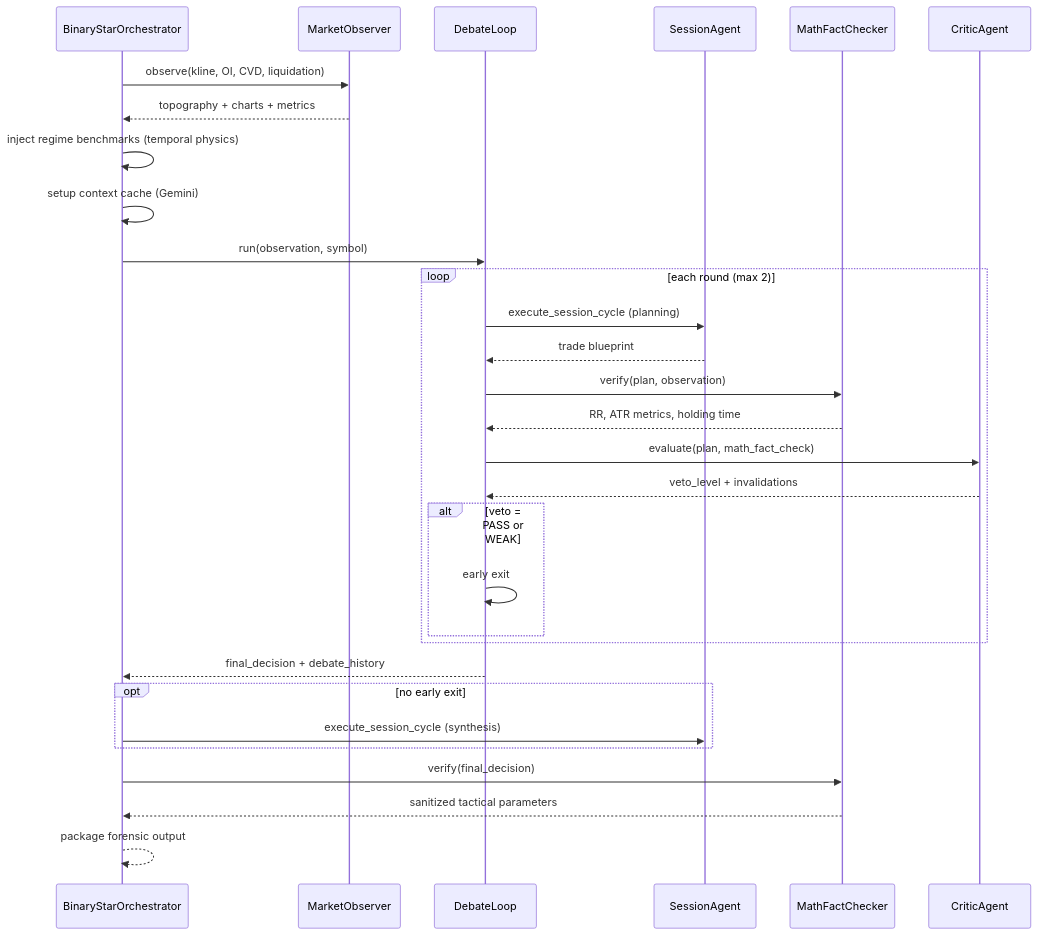
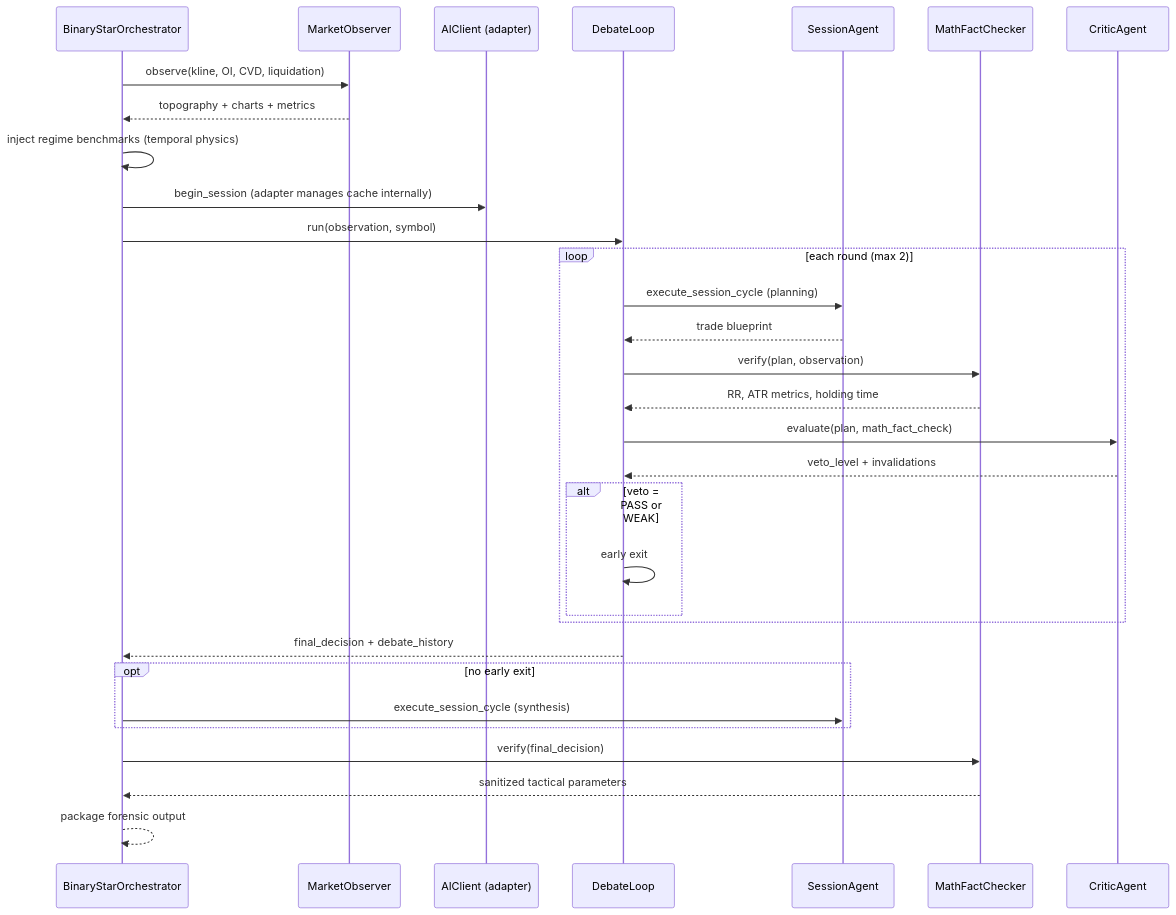
One commit to jiangyang5157/binary-star changed the third of 9 diagrams in README.md. Above: the diagram before and after it, drawn with Mermaid. The commit also changed other lines of this file, not shown here.

Commit message:
docs: update AI provider documentation to reflect OpenAICompatibleAdapter integration and unified VisualMode/session lifecycle management

````diff
--- a/README.md
+++ b/README.md
@@ -66,35 +66,36 @@
 ```mermaid
 sequenceDiagram
     participant BSO as BinaryStarOrchestrator
     participant Obs as MarketObserver
+    participant Client as AIClient (adapter)
     participant DL as DebateLoop
     participant SA as SessionAgent
     participant MFC as MathFactChecker
     participant CA as CriticAgent
 
     BSO->>Obs: observe(kline, OI, CVD, liquidation)
     Obs-->>BSO: topography + charts + metrics
     BSO->>BSO: inject regime benchmarks (temporal physics)
-    BSO->>BSO: setup context cache (Gemini)
+    BSO->>Client: begin_session (adapter manages cache internally)
     BSO->>DL: run(observation, symbol)
 
     loop each round (max 2)
         DL->>SA: execute_session_cycle (planning)
         SA-->>DL: trade blueprint
         DL->>MFC: verify(plan, observation)
         MFC-->>DL: RR, ATR metrics, holding time
         DL->>CA: evaluate(plan, math_fact_check)
         CA-->>DL: veto_level + invalidations
         alt veto = PASS or WEAK
             DL->>DL: early exit
         end
     end
 
     DL-->>BSO: final_decision + debate_history
     opt no early exit
         BSO->>SA: execute_session_cycle (synthesis)
     end
     BSO->>MFC: verify(final_decision)
     MFC-->>BSO: sanitized tactical parameters
     BSO-->>BSO: package forensic output
 ```
````
